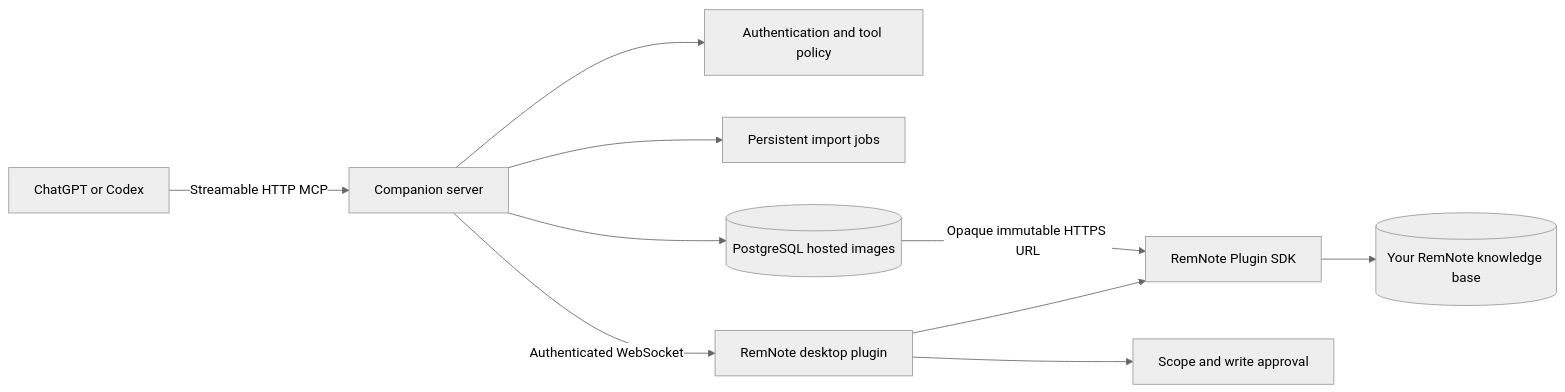
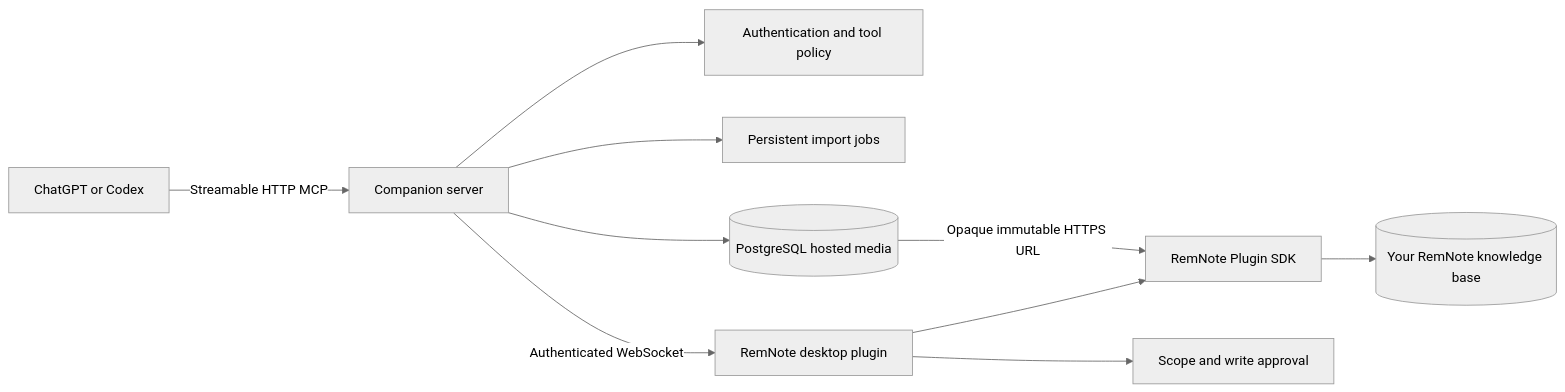
One commit to HTGit63/remnote-plugin-template-react changed the diagram in README.md. Above: the diagram before and after it, drawn with Mermaid (neutral theme). The commit also changed other lines of this file and 30 other files, not shown here.

````diff
--- a/README.md
+++ b/README.md
@@ -28,12 +35,12 @@
 ```mermaid
 flowchart LR
   A[ChatGPT or Codex] -->|Streamable HTTP MCP| B[Companion server]
   B --> C[Authentication and tool policy]
   B --> D[Persistent import jobs]
-  B --> I[(PostgreSQL hosted images)]
+  B --> I[(PostgreSQL hosted media)]
   I -->|Opaque immutable HTTPS URL| G
   B -->|Authenticated WebSocket| E[RemNote desktop plugin]
   E --> F[Scope and write approval]
   E --> G[RemNote Plugin SDK]
   G --> H[(Your RemNote knowledge base)]
 ```
````
